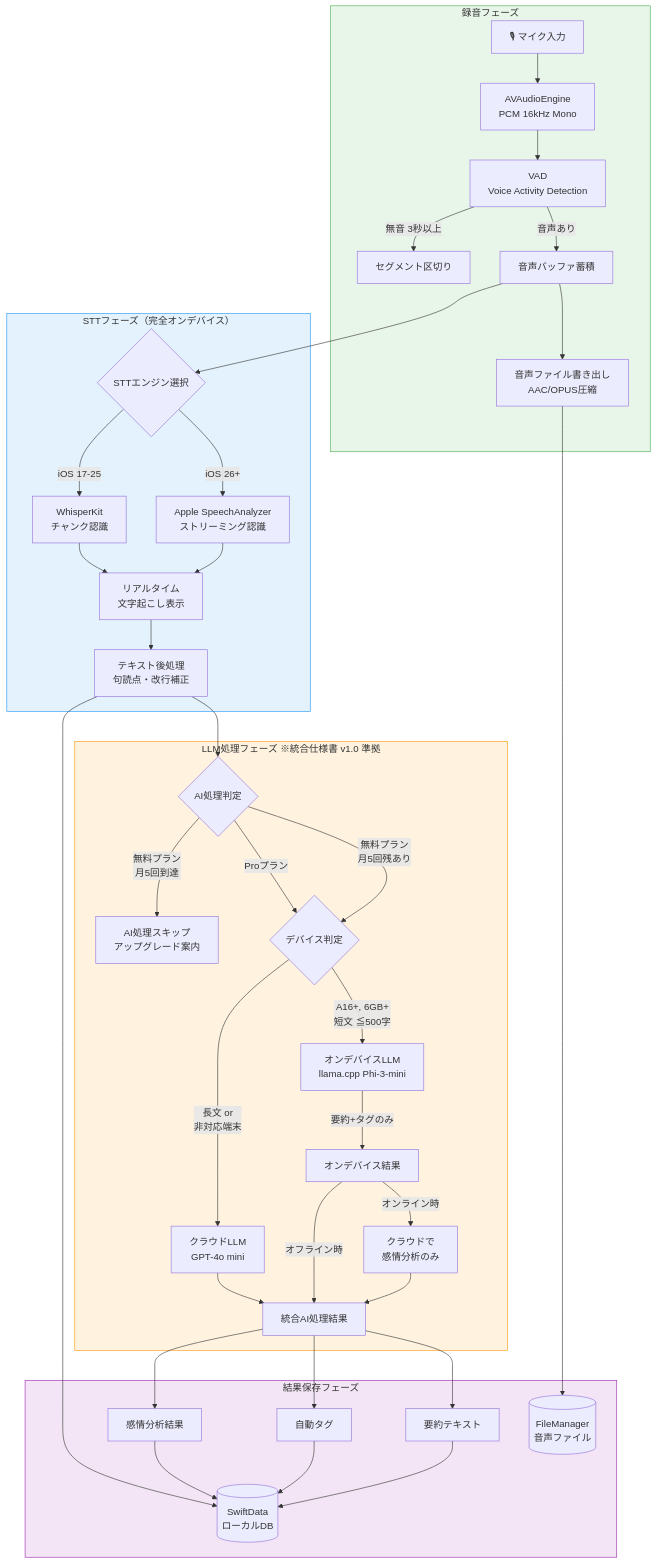
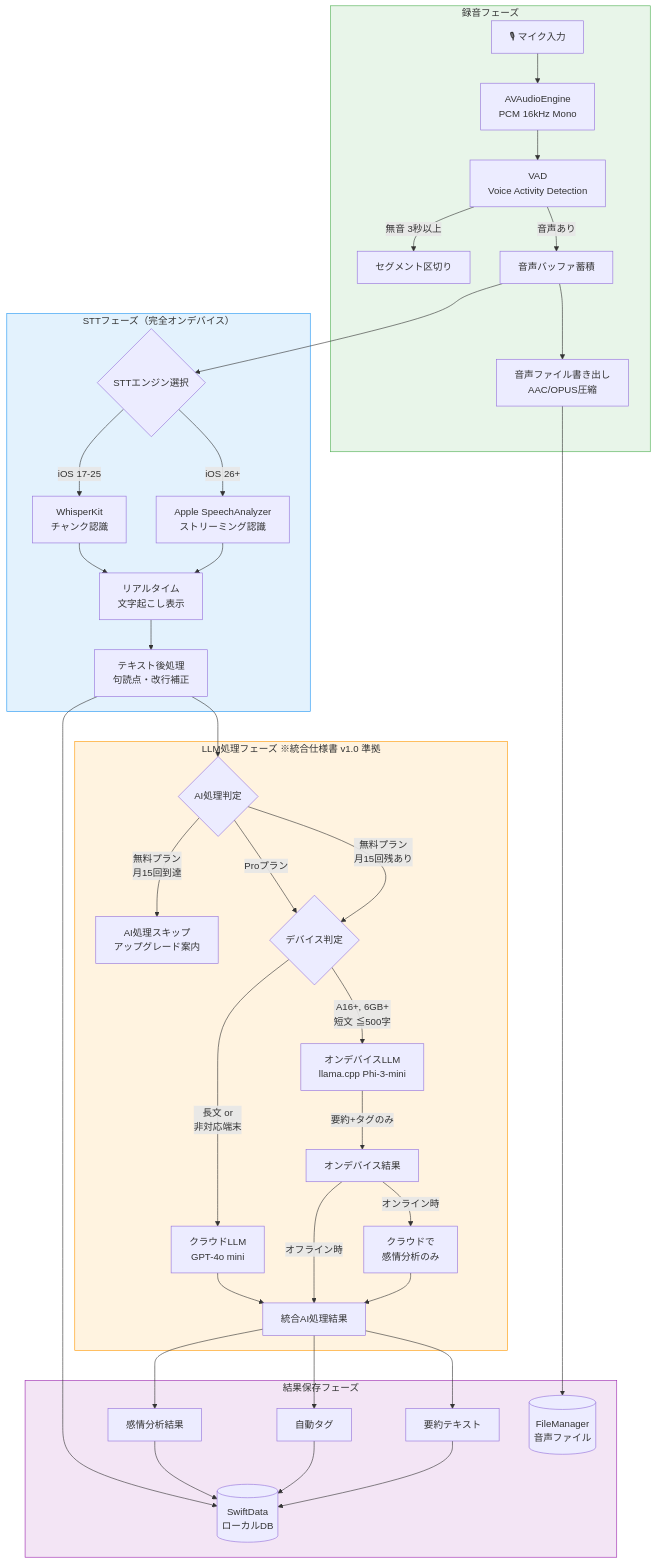
The first of 8 diagrams in docs/spec/ai-voice-memo/design/02-ai-pipeline.md (yoskmr/VoiceMemo), drawn with Mermaid before and after one commit. The commit also changed other lines of this file and 19 other files, not shown here.

````diff
--- a/docs/spec/ai-voice-memo/design/02-ai-pipeline.md
+++ b/docs/spec/ai-voice-memo/design/02-ai-pipeline.md
@@ -29,49 +29,49 @@
 ```mermaid
 flowchart TB
     subgraph Recording["録音フェーズ"]
         A[🎙 マイク入力] --> B[AVAudioEngine<br/>PCM 16kHz Mono]
         B --> C[VAD<br/>Voice Activity Detection]
         C -->|音声あり| D[音声バッファ蓄積]
         C -->|無音 3秒以上| E[セグメント区切り]
         D --> F[音声ファイル書き出し<br/>AAC/OPUS圧縮]
     end
 
     subgraph STT["STTフェーズ（完全オンデバイス）"]
         D --> G{STTエンジン選択}
         G -->|iOS 26+| H[Apple SpeechAnalyzer<br/>ストリーミング認識]
         G -->|iOS 17-25| I[WhisperKit<br/>チャンク認識]
         H --> J[リアルタイム<br/>文字起こし表示]
         I --> J
         J --> K[テキスト後処理<br/>句読点・改行補正]
     end
 
     subgraph LLM["LLM処理フェーズ ※統合仕様書 v1.0 準拠"]
         K --> L{AI処理判定}
-        L -->|無料プラン<br/>月5回残あり| M{デバイス判定}
+        L -->|無料プラン<br/>月15回残あり| M{デバイス判定}
         L -->|Proプラン| M
-        L -->|無料プラン<br/>月5回到達| N[AI処理スキップ<br/>アップグレード案内]
+        L -->|無料プラン<br/>月15回到達| N[AI処理スキップ<br/>アップグレード案内]
         M -->|A16+, 6GB+<br/>短文 ≦500字| O[オンデバイスLLM<br/>llama.cpp Phi-3-mini]
         M -->|長文 or<br/>非対応端末| P[クラウドLLM<br/>GPT-4o mini]
         O -->|要約+タグのみ| Q1[オンデバイス結果]
         Q1 -->|オンライン時| P2[クラウドで<br/>感情分析のみ]
         Q1 -->|オフライン時| Q[統合AI処理結果]
         P2 --> Q
         P --> Q
     end
 
     subgraph Output["結果保存フェーズ"]
         Q --> R[要約テキスト]
         Q --> S[自動タグ]
         Q --> T[感情分析結果]
         R --> U[(SwiftData<br/>ローカルDB)]
         S --> U
         T --> U
         F --> V[(FileManager<br/>音声ファイル)]
         K --> U
     end
 
     style Recording fill:#e8f5e9,stroke:#4caf50
     style STT fill:#e3f2fd,stroke:#2196f3
     style LLM fill:#fff3e0,stroke:#ff9800
     style Output fill:#f3e5f5,stroke:#9c27b0
 ```
````
